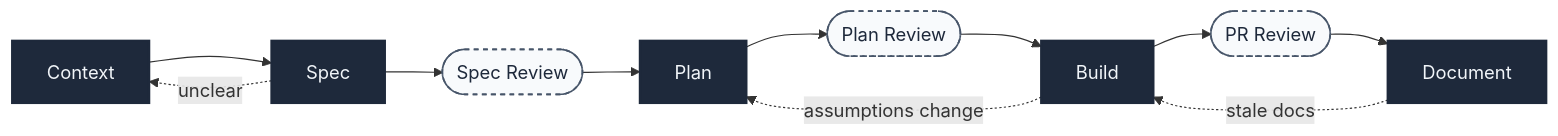
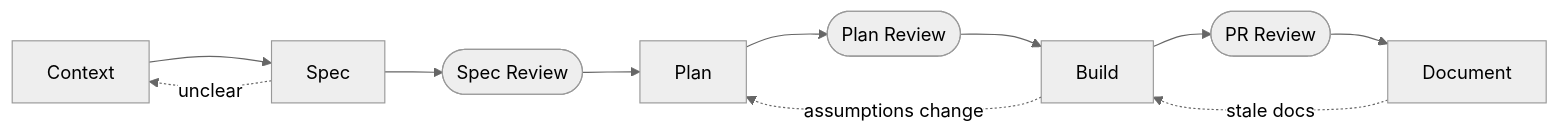
One commit to Hotusa-Data/ehc-agent-harness changed the diagram in guides/onboarding/lifecycle.md. Above: the diagram before and after it, drawn with Mermaid. The commit also changed 15 other files, not shown here.

Commit message:
improve mermaid diagrams

````diff
--- a/guides/onboarding/lifecycle.md
+++ b/guides/onboarding/lifecycle.md
@@ -9,23 +9,22 @@
 ```mermaid
+---
+config:
+  theme: neutral
+---
 flowchart LR
     accTitle: Development Lifecycle Flow
     accDescr: Five phases from Context through Document with human review stops and backward loops.
 
     context["Context"] --> spec["Spec"]
     spec --> rev1(["Spec Review"])
     rev1 --> plan["Plan"]
     plan --> rev2(["Plan Review"])
     rev2 --> build["Build"]
     build --> rev3(["PR Review"])
     rev3 --> document["Document"]
 
     spec -.->|unclear| context
     build -.->|assumptions change| plan
     document -.->|stale docs| build
 
-    classDef phase    fill:#1e293b,stroke:#1e293b,stroke-width:2px,color:#f1f5f9
-    classDef reviewer fill:#f8fafc,stroke:#475569,stroke-width:1.5px,color:#1e293b,stroke-dasharray:4
-
-    class context,spec,plan,build,document phase
-    class rev1,rev2,rev3 reviewer
 ```
````
